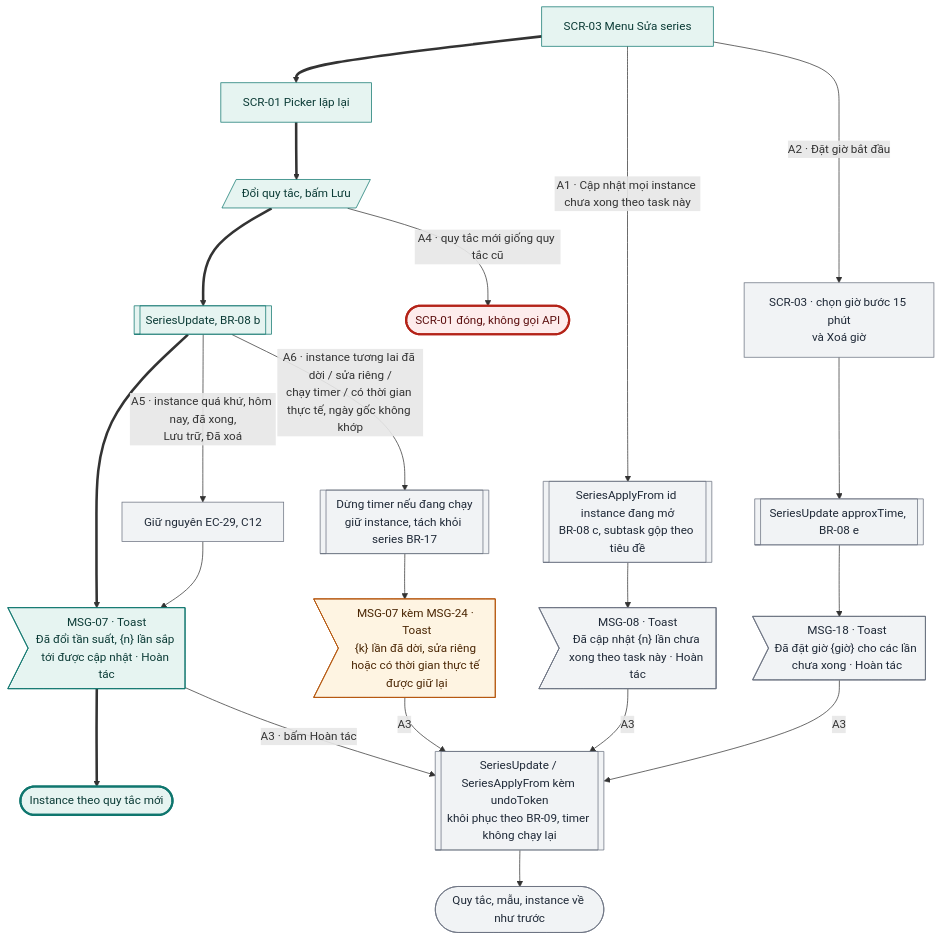
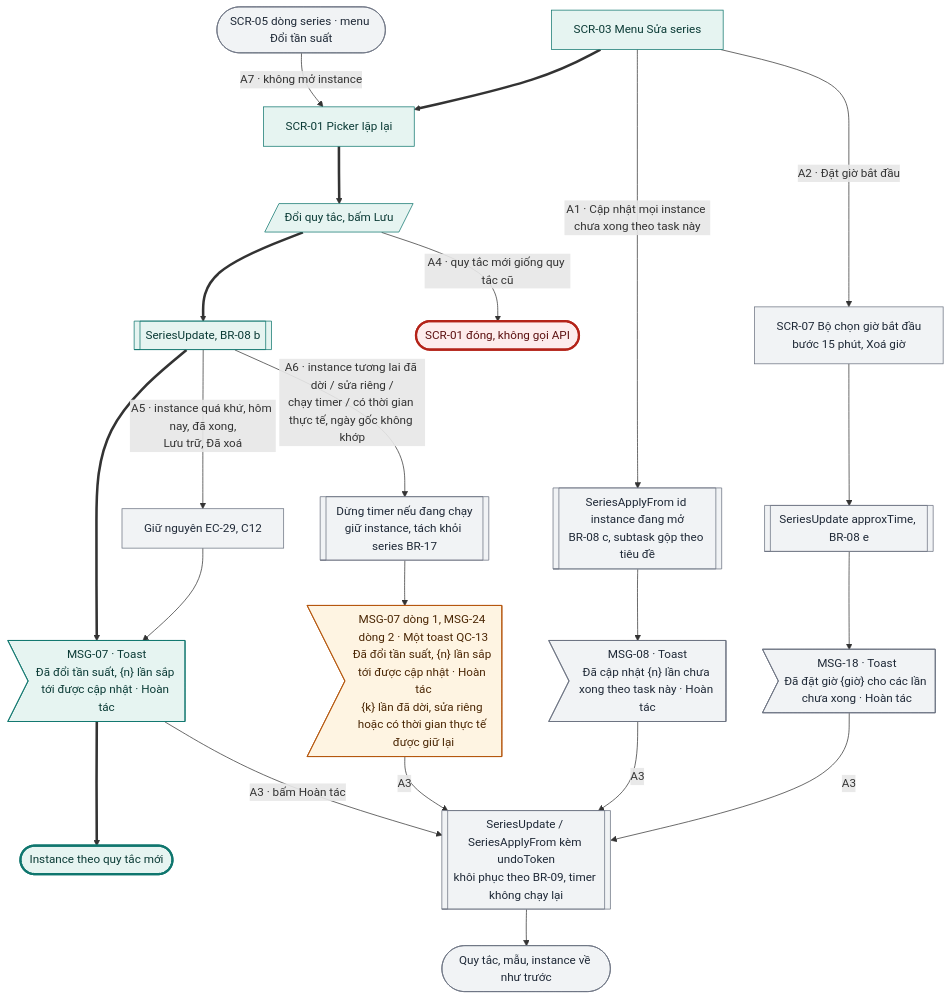
The tenth of 19 diagrams in docs/design-brief/flow/g03-task-lap-lai.md (tannguyenho/personal-app), drawn with Mermaid before and after one commit. The commit also changed other lines of this file and 5 other files, not shown here.

First line of the commit message:
docs(G03, G06): áp quyết định PO 09/11 vào SRS, PRD, flow

````diff
--- a/docs/design-brief/flow/g03-task-lap-lai.md
+++ b/docs/design-brief/flow/g03-task-lap-lai.md
@@ -400,41 +405,42 @@
 ```mermaid
 flowchart TD
   s1["SCR-03 Menu Sửa series"]
   s2["SCR-01 Picker lặp lại"]
   u3[/"Đổi quy tắc, bấm Lưu"/]
   p1[["SeriesUpdate, BR-08 b"]]
   m1>"MSG-07 · Toast<br/>Đã đổi tần suất, {n} lần sắp tới được cập nhật · Hoàn tác"]
   ok(["Instance theo quy tắc mới"])
   s1 ==> s2 ==> u3 ==> p1 ==> m1 ==> ok
 
   s1 -->|"A1 · Cập nhật mọi instance chưa xong theo task này"| a1[["SeriesApplyFrom id instance đang mở<br/>BR-08 c, subtask gộp theo tiêu đề"]]
   a1 --> a1m>"MSG-08 · Toast<br/>Đã cập nhật {n} lần chưa xong theo task này · Hoàn tác"]
-  s1 -->|"A2 · Đặt giờ bắt đầu"| a2["SCR-03 · chọn giờ bước 15 phút<br/>và Xoá giờ"]
+  s1 -->|"A2 · Đặt giờ bắt đầu"| a2["SCR-07 Bộ chọn giờ bắt đầu<br/>bước 15 phút, Xoá giờ"]
   a2 --> a2p[["SeriesUpdate approxTime, BR-08 e"]]
   a2p --> a2m>"MSG-18 · Toast<br/>Đã đặt giờ {giờ} cho các lần chưa xong · Hoàn tác"]
   u3 -->|"A4 · quy tắc mới giống quy tắc cũ"| a4(["SCR-01 đóng, không gọi API"])
   p1 -->|"A5 · instance quá khứ, hôm nay, đã xong,<br/>Lưu trữ, Đã xoá"| a5["Giữ nguyên EC-29, C12"]
   a5 --> m1
   p1 -->|"A6 · instance tương lai đã dời / sửa riêng /<br/>chạy timer / có thời gian thực tế, ngày gốc không khớp"| a6[["Dừng timer nếu đang chạy<br/>giữ instance, tách khỏi series BR-17"]]
-  a6 --> a6m>"MSG-07 kèm MSG-24 · Toast<br/>{k} lần đã dời, sửa riêng hoặc có thời gian thực tế được giữ lại"]
+  a6 --> a6m>"MSG-07 dòng 1, MSG-24 dòng 2 · Một toast QC-13<br/>Đã đổi tần suất, {n} lần sắp tới được cập nhật · Hoàn tác<br/>{k} lần đã dời, sửa riêng hoặc có thời gian thực tế được giữ lại"]
+  a7s(["SCR-05 dòng series · menu Đổi tần suất"]) -->|"A7 · không mở instance"| s2
   m1 -->|"A3 · bấm Hoàn tác"| a3[["SeriesUpdate / SeriesApplyFrom kèm undoToken<br/>khôi phục theo BR-09, timer không chạy lại"]]
   a1m -->|"A3"| a3
   a2m -->|"A3"| a3
   a6m -->|"A3"| a3
   a3 --> a3e(["Quy tắc, mẫu, instance về như trước"])
 
   class s1,s2,u3,p1,m1 happy
-  class a1,a1m,a2,a2p,a2m,a5,a6,a3,a3e alt
+  class a1,a1m,a2,a2p,a2m,a5,a6,a3,a3e,a7s alt
   class a6m warn
   class a4 fail
   class ok done
   classDef happy fill:#E6F4F1,stroke:#0F766E,color:#0B3B36
   classDef alt fill:#F1F3F5,stroke:#6B7280,color:#1F2937
   classDef err fill:#FDECEC,stroke:#B42318,color:#5C1010
   classDef warn fill:#FEF4E2,stroke:#B45309,color:#4A2604
   classDef ai fill:#F1ECFD,stroke:#6D28D9,color:#2E1065
   classDef sync fill:#FFFFFF,stroke:#6B7280,stroke-dasharray:4 3,color:#1F2937
   classDef link fill:#FFFFFF,stroke:#0F766E,stroke-dasharray:4 3,color:#0B3B36
   classDef done fill:#E6F4F1,stroke:#0F766E,stroke-width:3px,color:#0B3B36
   classDef fail fill:#FDECEC,stroke:#B42318,stroke-width:3px,color:#5C1010
 ```
````
